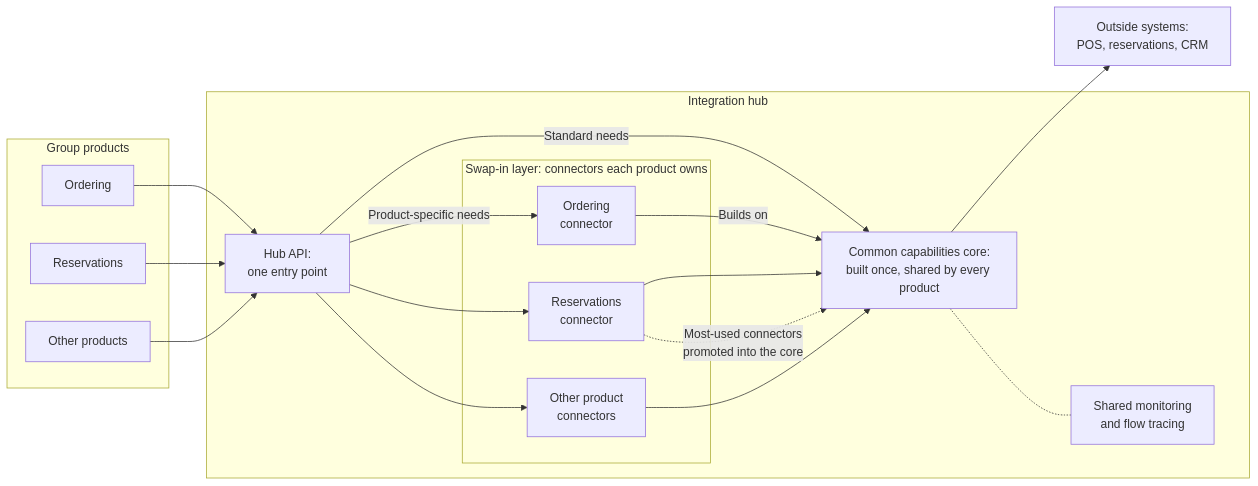
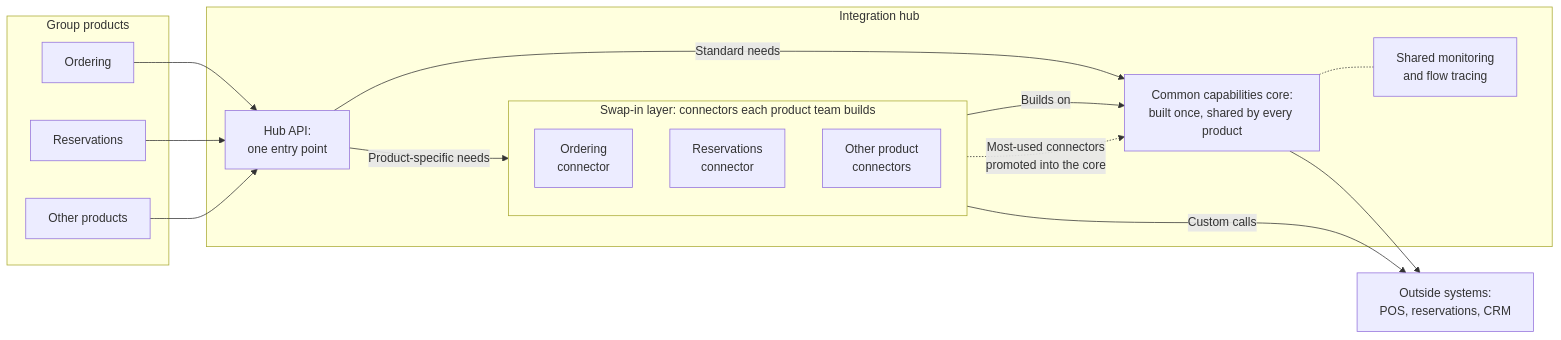
Before and after one commit to sirk-code87/portfolio: the second of 2 diagrams in product-case-studies/integration-hub/README.md, drawn with Mermaid. The commit also changed other lines of this file, not shown here.

Commit message:
Integration hub: connectors run in the hub and can call outside systems directly

````diff
--- a/product-case-studies/integration-hub/README.md
+++ b/product-case-studies/integration-hub/README.md
@@ -78,32 +78,29 @@
 ```mermaid
 flowchart LR
     subgraph Products["Group products"]
         P1["Ordering"]
         P2["Reservations"]
         P3["Other products"]
     end
     subgraph Hub["Integration hub"]
         API["Hub API:<br/>one entry point"]
-        subgraph Swap["Swap-in layer: connectors each product owns"]
+        subgraph Swap["Swap-in layer: connectors each product team builds"]
             C1["Ordering<br/>connector"]
             C2["Reservations<br/>connector"]
             C3["Other product<br/>connectors"]
         end
         Core["Common capabilities core:<br/>built once, shared by every product"]
         Mon["Shared monitoring<br/>and flow tracing"]
     end
     V["Outside systems:<br/>POS, reservations, CRM"]
     P1 --> API
     P2 --> API
     P3 --> API
     API -->|"Standard needs"| Core
-    API -->|"Product-specific needs"| C1
-    API --> C2
-    API --> C3
-    C1 -->|"Builds on"| Core
-    C2 --> Core
-    C3 --> Core
+    API -->|"Product-specific needs"| Swap
+    Swap -->|"Builds on"| Core
+    Swap -.->|"Most-used connectors<br/>promoted into the core"| Core
     Core --> V
+    Swap -->|"Custom calls"| V
     Core -.- Mon
-    C2 -.->|"Most-used connectors<br/>promoted into the core"| Core
 ```
````
